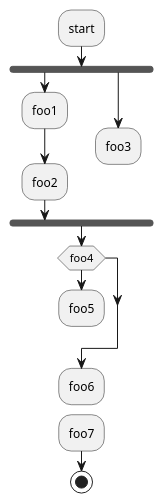
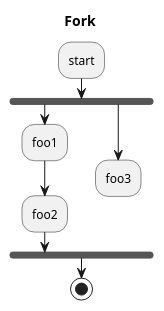
One commit to chraxo/UmlMarkdownCheatSheet changed diagram 19 of 32 in uml_markdown_summary.md. Above: the diagram before and after it, drawn with PlantUML. The commit also changed other lines of this file, not shown here.

```diff
--- a/uml_markdown_summary.md
+++ b/uml_markdown_summary.md
@@ -684,22 +688,16 @@
 @startuml
+
+title Fork
+
 :start;
 fork
     :foo1;
     :foo2;
 fork again
     :foo3;
     detach
 endfork
 
-if (foo4) then
-    :foo5;
-    detach
-endif
-
-:foo6;
-
-detach
-:foo7;
 stop
 
 @enduml
```
